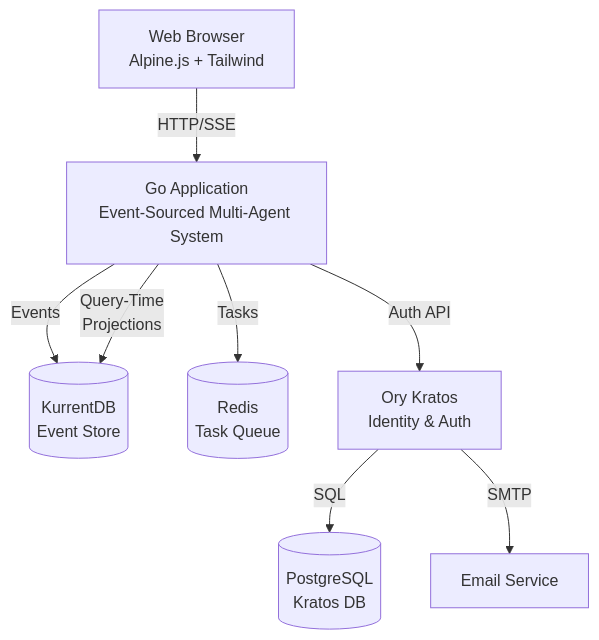
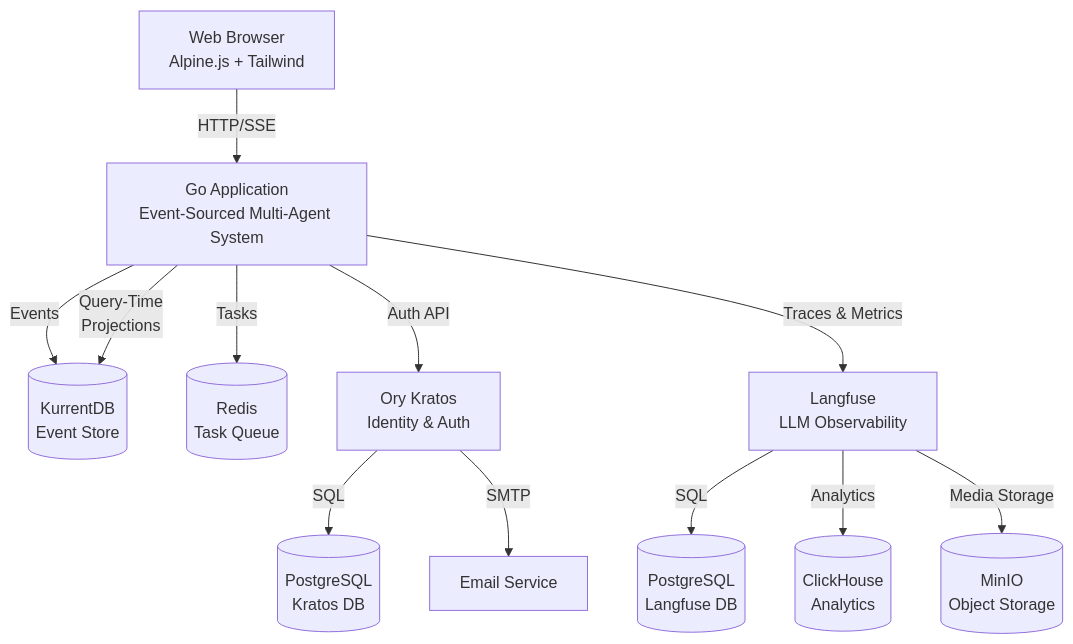
Before and after one commit to MKAPersonalOrganization/AgenticWorkflowPlatform: the diagram in README.md, drawn with Mermaid. The commit also changed other lines of this file and 1 other file, not shown here.

Commit message:
feat: update README.md to enhance system architecture with Langfuse and related components

````diff
--- a/README.md
+++ b/README.md
@@ -11,22 +11,32 @@
 ```mermaid
 graph TB
     Browser[Web Browser<br/>Alpine.js + Tailwind]
-    
+
     GoApp[Go Application<br/>Event-Sourced Multi-Agent System]
-    
+
     KurrentDB[(KurrentDB<br/>Event Store)]
     Redis[(Redis<br/>Task Queue)]
     Kratos[Ory Kratos<br/>Identity & Auth]
     Postgres[(PostgreSQL<br/>Kratos DB)]
-    
+
+    Langfuse[Langfuse<br/>LLM Observability]
+    LangfuseDB[(PostgreSQL<br/>Langfuse DB)]
+    ClickHouse[(ClickHouse<br/>Analytics)]
+    MinIO[(MinIO<br/>Object Storage)]
+
     EmailService[Email Service]
-    
+
     Browser -->|HTTP/SSE| GoApp
     GoApp -->|Events| KurrentDB
     GoApp -->|Query-Time<br/>Projections| KurrentDB
     GoApp -->|Tasks| Redis
     GoApp -->|Auth API| Kratos
-    
+    GoApp -->|Traces & Metrics| Langfuse
+
     Kratos -->|SQL| Postgres
     Kratos -->|SMTP| EmailService
+
+    Langfuse -->|SQL| LangfuseDB
+    Langfuse -->|Analytics| ClickHouse
+    Langfuse -->|Media Storage| MinIO
 ```
````
